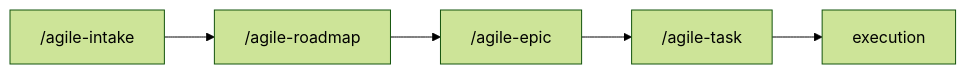
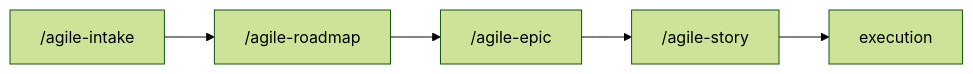
One commit to djalmajr/essential-skills changed the diagram in skills/agile-roadmap/README.md. Above: the diagram before and after it, drawn with Mermaid (forest theme). The commit also changed other lines of this file and 33 other files, not shown here.

First line of the commit message:
refactor(skills): rename agile-planning→agile-sprint, agile-task→agile-story

````diff
--- a/skills/agile-roadmap/README.md
+++ b/skills/agile-roadmap/README.md
@@ -51,7 +51,7 @@
 ```mermaid
 flowchart LR
     A["/agile-intake"] --> B["/agile-roadmap"]
     B --> C["/agile-epic"]
-    C --> D["/agile-task"]
+    C --> D["/agile-story"]
     D --> E[execution]
 ```
````
